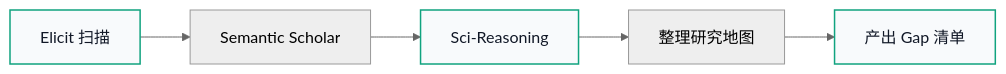
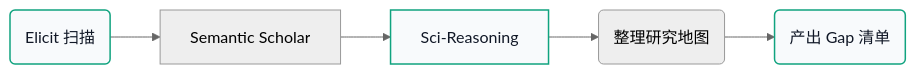
Before and after one commit to yiweinanzi/ai-research-ebook: the second of 5 diagrams in src/content/docs/tools/workflow.mdx, drawn with Mermaid (neutral theme). The commit also changed other lines of this file and 12 other files, not shown here.

First line of the commit message:
fix: Mermaid diagrams - remove Chinese punctuation parsing issues

````diff
--- a/src/content/docs/tools/workflow.mdx
+++ b/src/content/docs/tools/workflow.mdx
@@ -47,10 +49,12 @@
 ```mermaid
 flowchart LR
-    A[Elicit 扫描] --> B[Semantic Scholar]
+    A(Elicit 扫描) --> B[Semantic Scholar]
     B --> C[Sci-Reasoning]
-    C --> D[整理研究地图]
-    D --> E[产出 Gap 清单]
+    C --> D(整理研究地图)
+    D --> E(产出 Gap 清单)
 
     classDef key fill:#f8fafc,stroke:#10a37f,stroke-width:1.5px,color:#111827
     class A,C,E key
+
+
 ```
````
